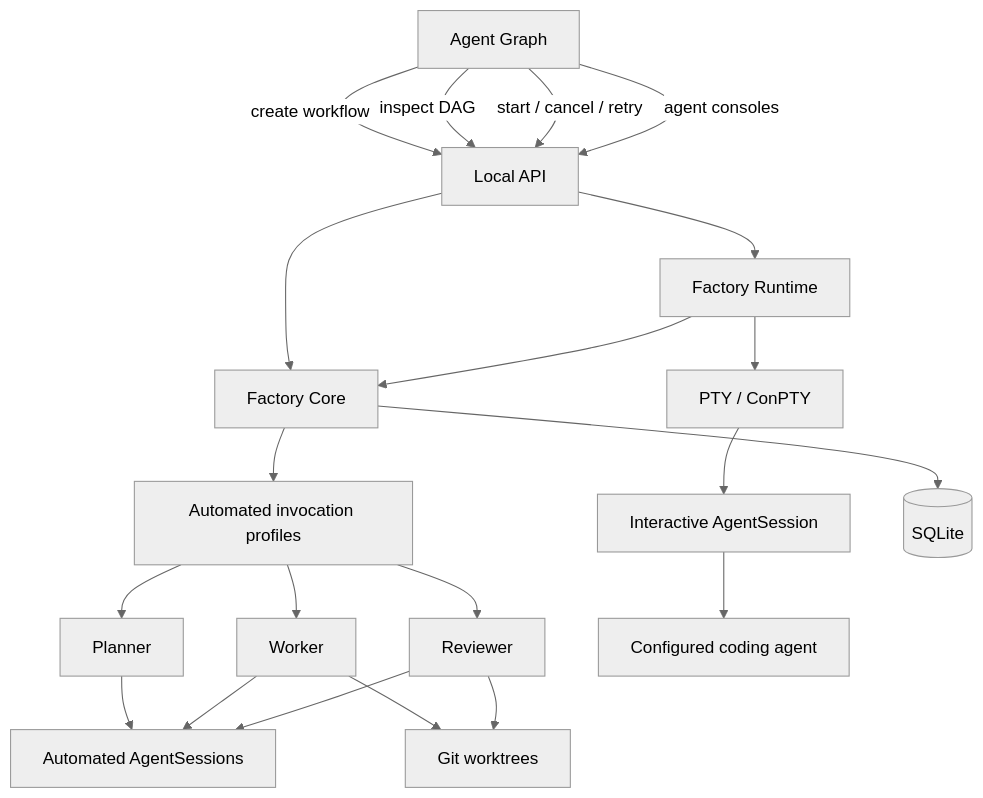
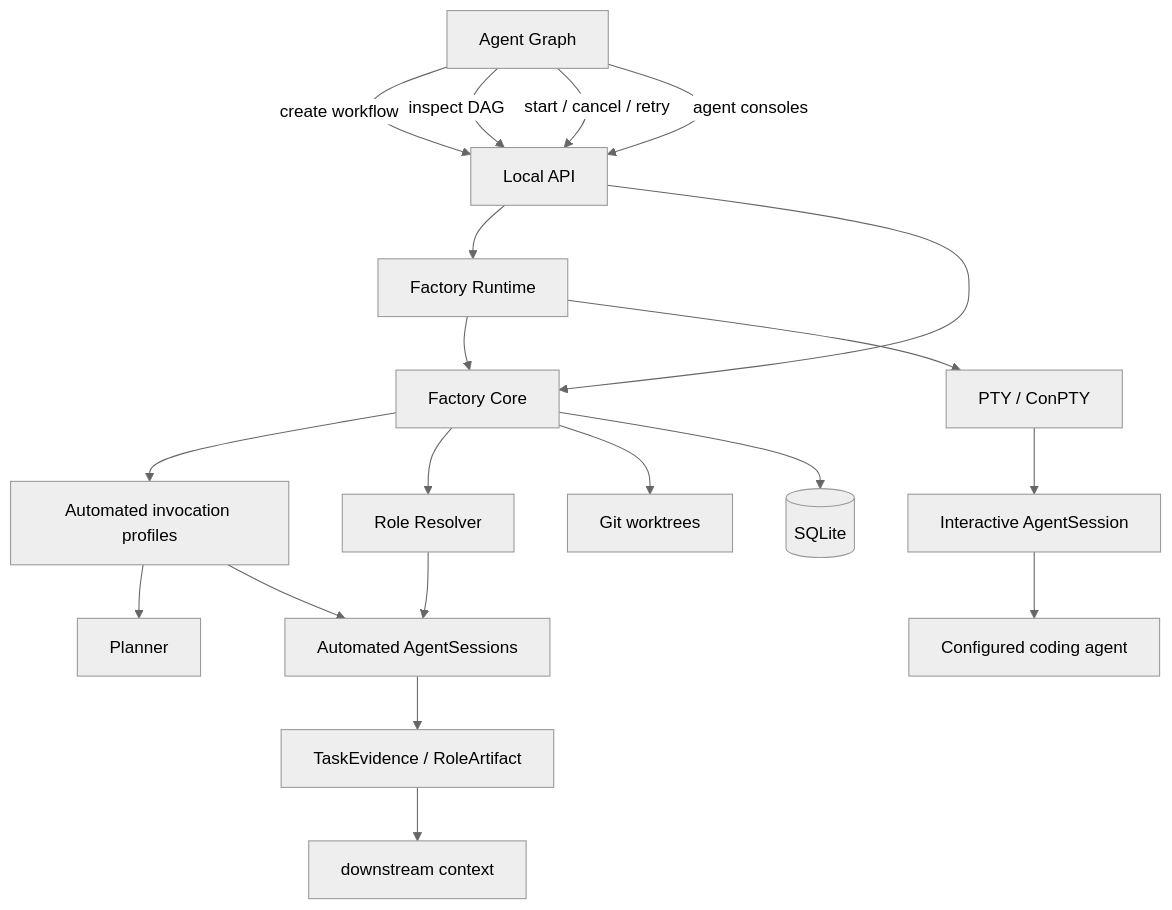
One commit to OmegaMc1331/agentic-software-factory changed the diagram in docs/architecture.md. Above: the diagram before and after it, drawn with Mermaid (neutral theme). The commit also changed other lines of this file and 48 other files, not shown here.

````diff
--- a/docs/architecture.md
+++ b/docs/architecture.md
@@ -7,24 +7,23 @@
 ```mermaid
 flowchart TB
     GRAPH[Agent Graph]
     GRAPH -->|create workflow| API[Local API]
     GRAPH -->|inspect DAG| API
     GRAPH -->|start / cancel / retry| API
     GRAPH -->|agent consoles| API
     API --> RUNTIME[Factory Runtime]
     API --> CORE[Factory Core]
     RUNTIME --> CORE
     CORE --> AUTO[Automated invocation profiles]
     AUTO --> P[Planner]
-    AUTO --> W[Worker]
-    AUTO --> R[Reviewer]
-    P --> S[Automated AgentSessions]
-    W --> S
-    R --> S
+    AUTO --> S[Automated AgentSessions]
+    CORE --> RESOLVER[Role Resolver]
+    RESOLVER --> S
+    S --> ROW[TaskEvidence / RoleArtifact]
+    ROW --> CTX[downstream context]
     RUNTIME --> PTY[PTY / ConPTY]
     PTY --> IS[Interactive AgentSession]
     IS --> CA[Configured coding agent]
-    W --> WT[Git worktrees]
-    R --> WT
+    CORE --> WT[Git worktrees]
     CORE --> DB[(SQLite)]
 ```
````
